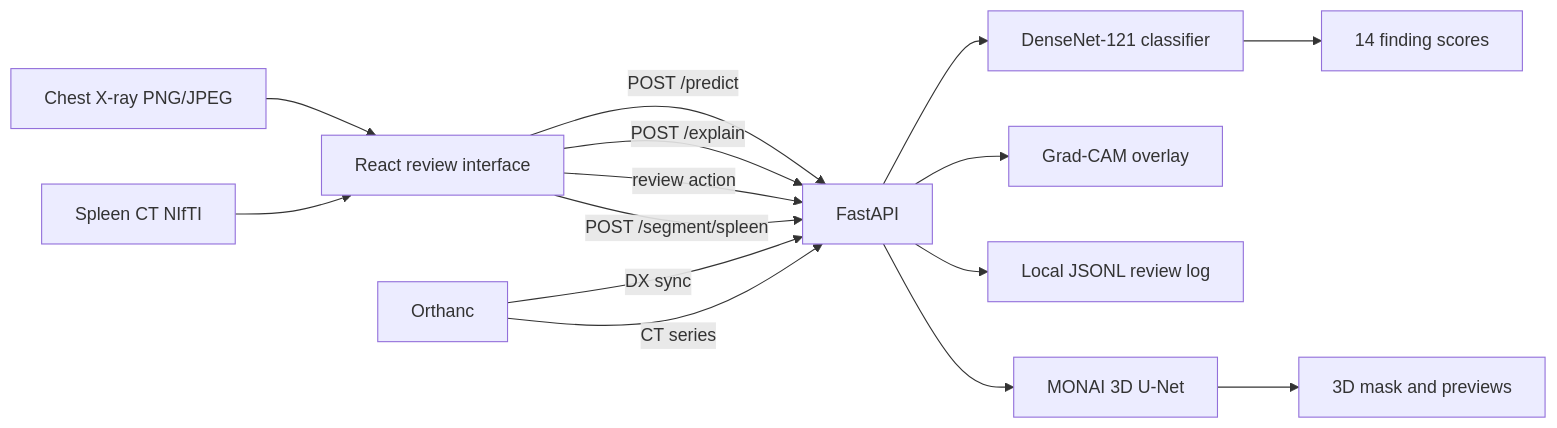
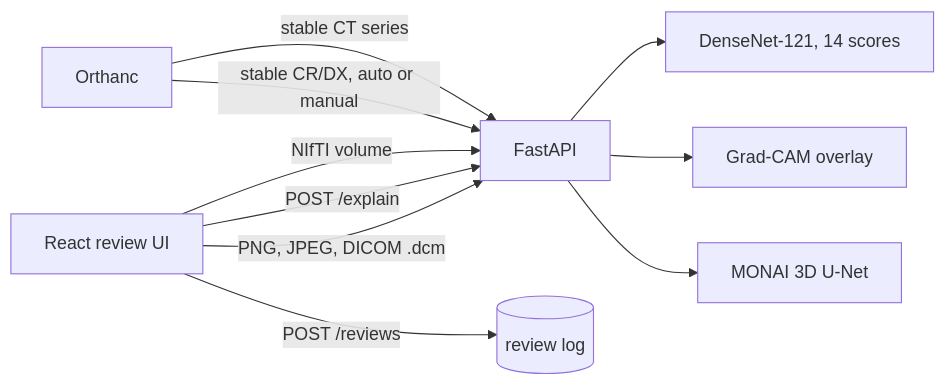
Before and after one commit to ram15x/nexvia-aiml-02-medical-imaging: the diagram in README.md, drawn with Mermaid. The commit also changed other lines of this file and 22 other files, not shown here.

````diff
--- a/README.md
+++ b/README.md
@@ -18,14 +16,10 @@
 ```mermaid
 flowchart LR
-  CX[Chest X-ray PNG/JPEG] --> UI[React review interface]
-  UI -->|POST /predict| API[FastAPI]
-  API --> DN[DenseNet-121 classifier]
-  DN --> SCORES[14 finding scores]
+  UI[React review UI] -->|PNG, JPEG, DICOM .dcm| API[FastAPI]
+  API --> DN[DenseNet-121, 14 scores]
   UI -->|POST /explain| API --> GC[Grad-CAM overlay]
-  UI -->|review action| API --> LOG[Local JSONL review log]
-  CT[Spleen CT NIfTI] --> UI -->|POST /segment/spleen| API
-  API --> UNET[MONAI 3D U-Net]
-  UNET --> MASK[3D mask and previews]
-  ORT[Orthanc] -->|DX sync| API
-  ORT -->|CT series| API
+  UI -->|POST /reviews| LOG[(review log)]
+  UI -->|NIfTI volume| API --> UNET[MONAI 3D U-Net]
+  ORT[Orthanc] -->|stable CR/DX, auto or manual| API
+  ORT -->|stable CT series| API
 ```
````
